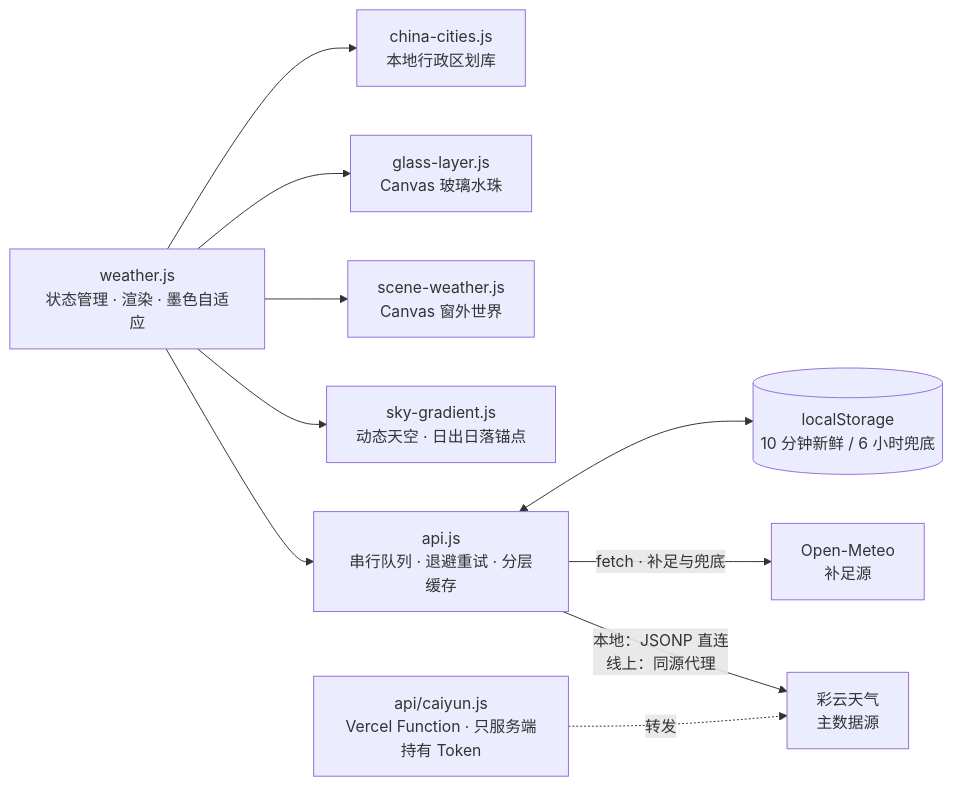
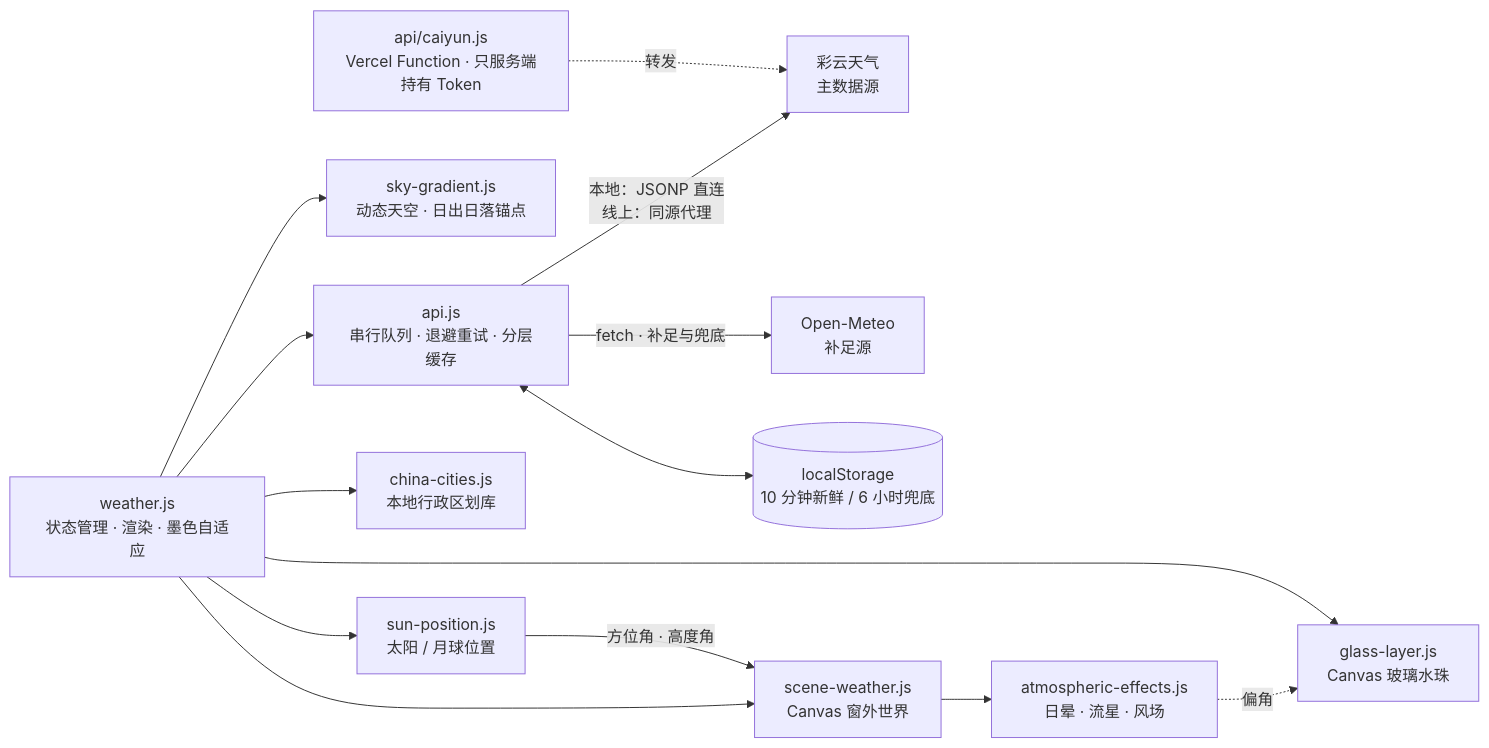
One commit to abobb414/AeroWeather changed the diagram in README.md. Above: the diagram before and after it, drawn with Mermaid. The commit also changed other lines of this file and 11 other files, not shown here.

````diff
--- a/README.md
+++ b/README.md
@@ -146,12 +151,16 @@
 ```mermaid
 flowchart LR
     A["weather.js<br/>状态管理 · 渲染 · 墨色自适应"] --> B["api.js<br/>串行队列 · 退避重试 · 分层缓存"]
     B -->|"本地：JSONP 直连<br/>线上：同源代理"| C["彩云天气<br/>主数据源"]
     B -->|"fetch · 补足与兜底"| D["Open-Meteo<br/>补足源"]
     B <--> E[("localStorage<br/>10 分钟新鲜 / 6 小时兜底")]
     A --> F["sky-gradient.js<br/>动态天空 · 日出日落锚点"]
     A --> G["scene-weather.js<br/>Canvas 窗外世界"]
+    A --> K["sun-position.js<br/>太阳 / 月球位置"]
+    K -->|"方位角 · 高度角"| G
+    G --> G3["atmospheric-effects.js<br/>日晕 · 流星 · 风场"]
+    G3 -.->|"偏角"| H
     A --> H["glass-layer.js<br/>Canvas 玻璃水珠"]
     A --> I["china-cities.js<br/>本地行政区划库"]
     J["api/caiyun.js<br/>Vercel Function · 只服务端持有 Token"] -.->|"转发"| C
 ```
````
